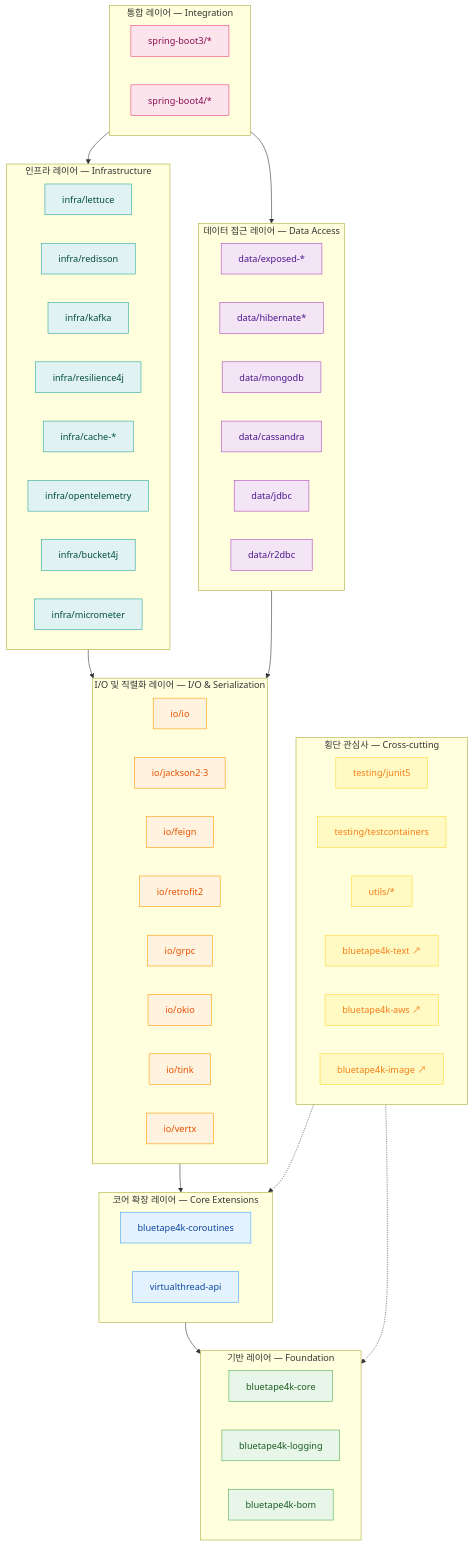
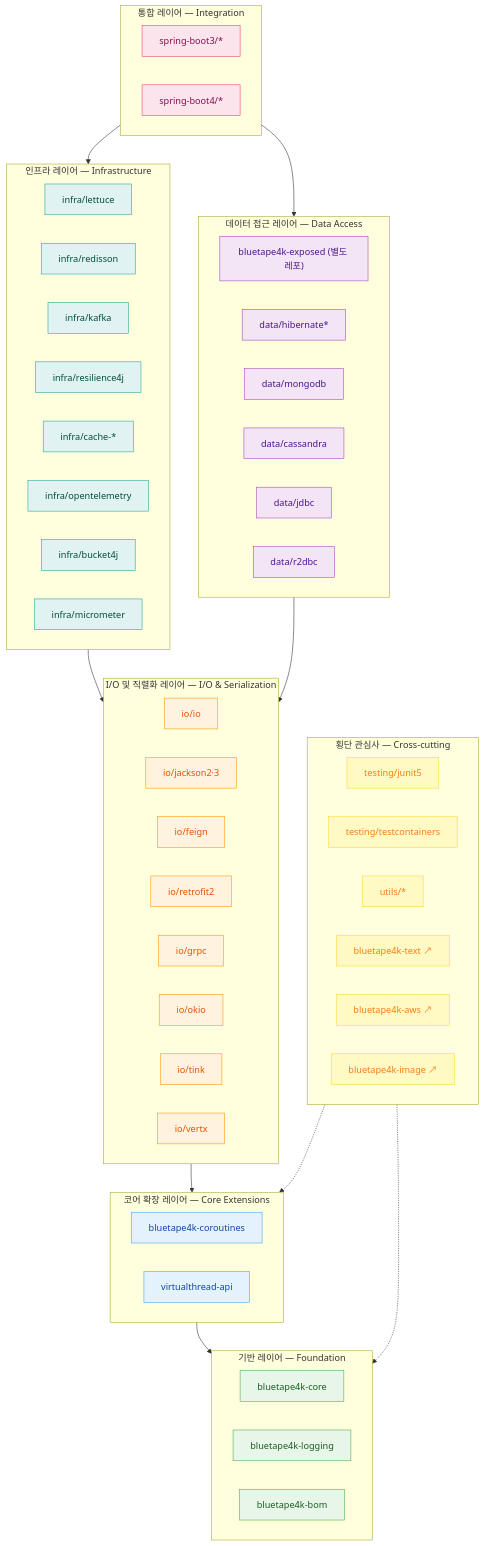
Before and after one commit to bluetape4k/bluetape4k-projects: the diagram in README.ko.md, drawn with Mermaid. The commit also changed other lines of this file and 1061 other files, not shown here.

First line of the commit message:
feat: exposed ORM 모듈 38개를 bluetape4k-exposed 독립 레포로 분리 (#261) (#334)

```diff
--- a/README.ko.md
+++ b/README.ko.md
@@ -87,7 +87,7 @@
 
     subgraph L3["데이터 접근 레이어 — Data Access"]
         direction LR
-        EXP["data/exposed-*"]
+        EXP["bluetape4k-exposed (별도 레포)"]
         HIB["data/hibernate*"]
         MONGO["data/mongodb"]
         CASS["data/cassandra"]
```
